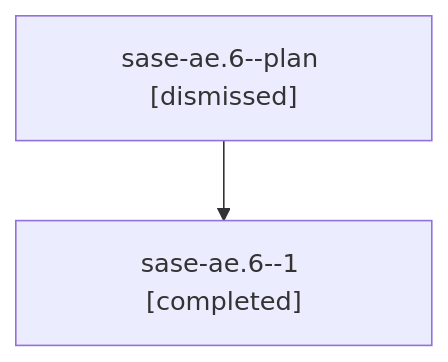
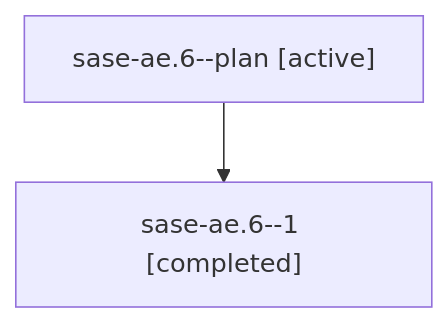
One commit to sase-org/sase--agents changed the diagram in families/bbugyi200.athena.sase-ae.6.md. Above: the diagram before and after it, drawn with Mermaid. The commit also changed other lines of this file and 5813 other files, not shown here.

````diff
--- a/families/bbugyi200.athena.sase-ae.6.md
+++ b/families/bbugyi200.athena.sase-ae.6.md
@@ -9,6 +9,6 @@
 ```mermaid
 flowchart TD
-  n0["sase-ae.6--plan [dismissed]"]
+  n0["sase-ae.6--plan [active]"]
   n1["sase-ae.6--1 [completed]"]
   n0 --> n1
 ```
````
